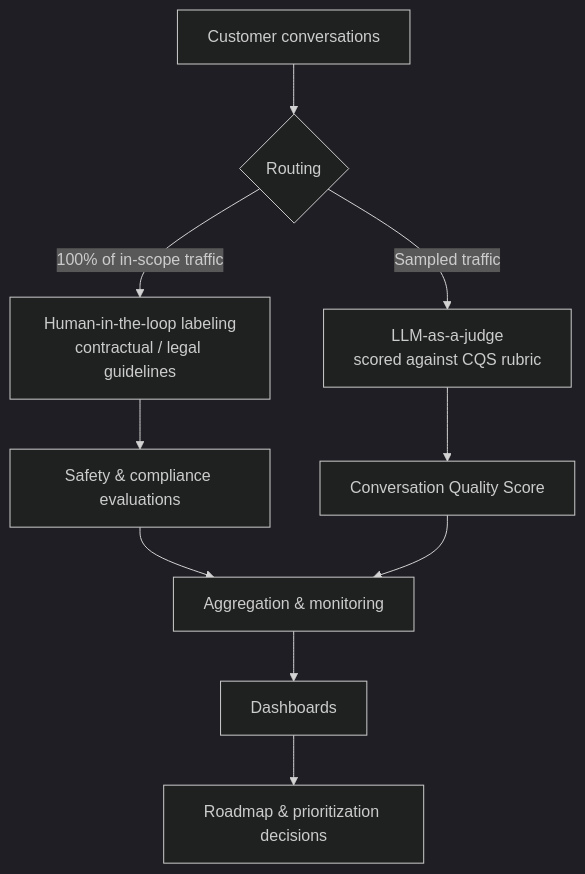
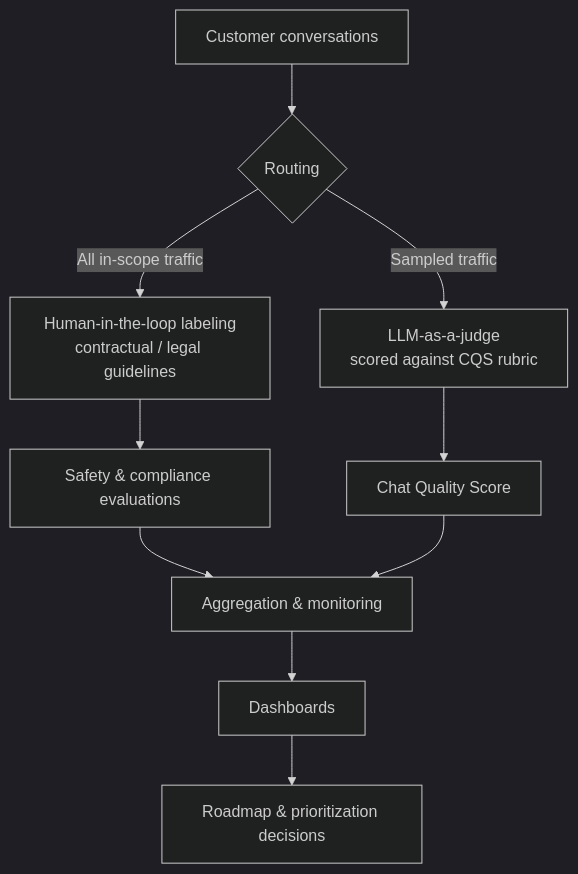
One commit to animesh01/cqs-evaluation changed the diagram in CASE_STUDY.md. Above: the diagram before and after it, drawn with Mermaid (dark theme). The commit also changed other lines of this file and 5 other files, not shown here.

````diff
--- a/CASE_STUDY.md
+++ b/CASE_STUDY.md
@@ -41,15 +41,15 @@
 ```mermaid
 flowchart TD
     A[Customer conversations] --> B{Routing}
 
-    B -->|100% of in-scope traffic| C[Human-in-the-loop labeling<br/>contractual / legal guidelines]
+    B -->|All in-scope traffic| C[Human-in-the-loop labeling<br/>contractual / legal guidelines]
     C --> D[Safety & compliance evaluations]
 
     B -->|Sampled traffic| E[LLM-as-a-judge<br/>scored against CQS rubric]
-    E --> F[Conversation Quality Score]
+    E --> F[Chat Quality Score]
 
     D --> G[Aggregation & monitoring]
     F --> G
     G --> H[Dashboards]
     H --> I[Roadmap & prioritization decisions]
 ```
````
